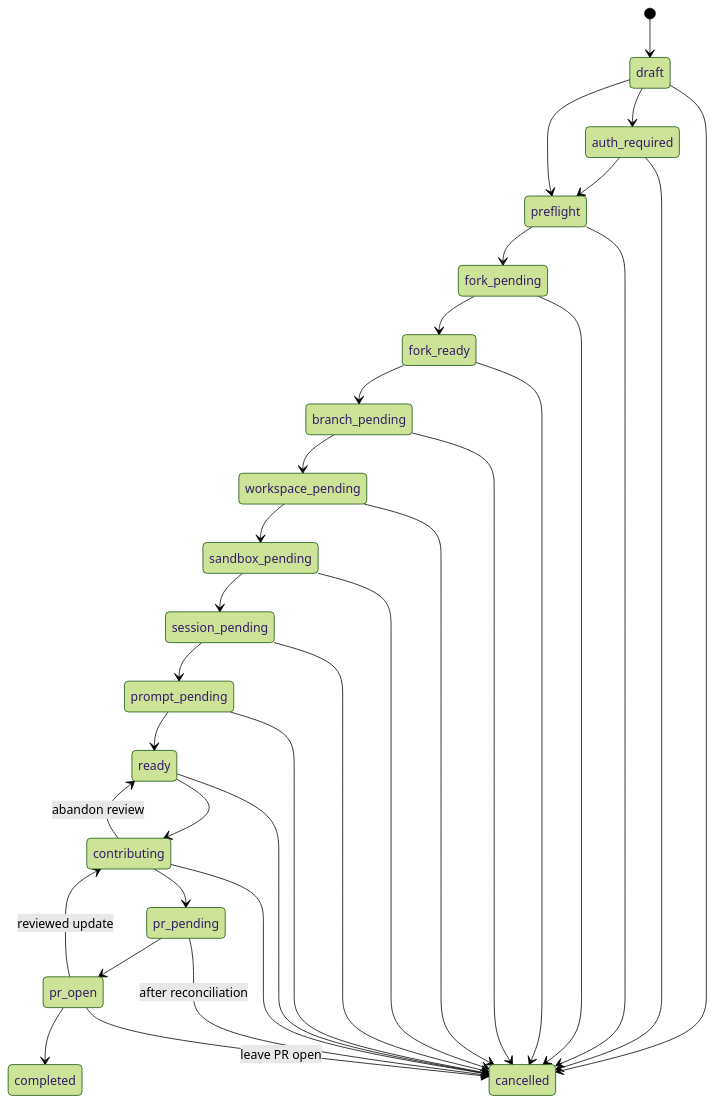
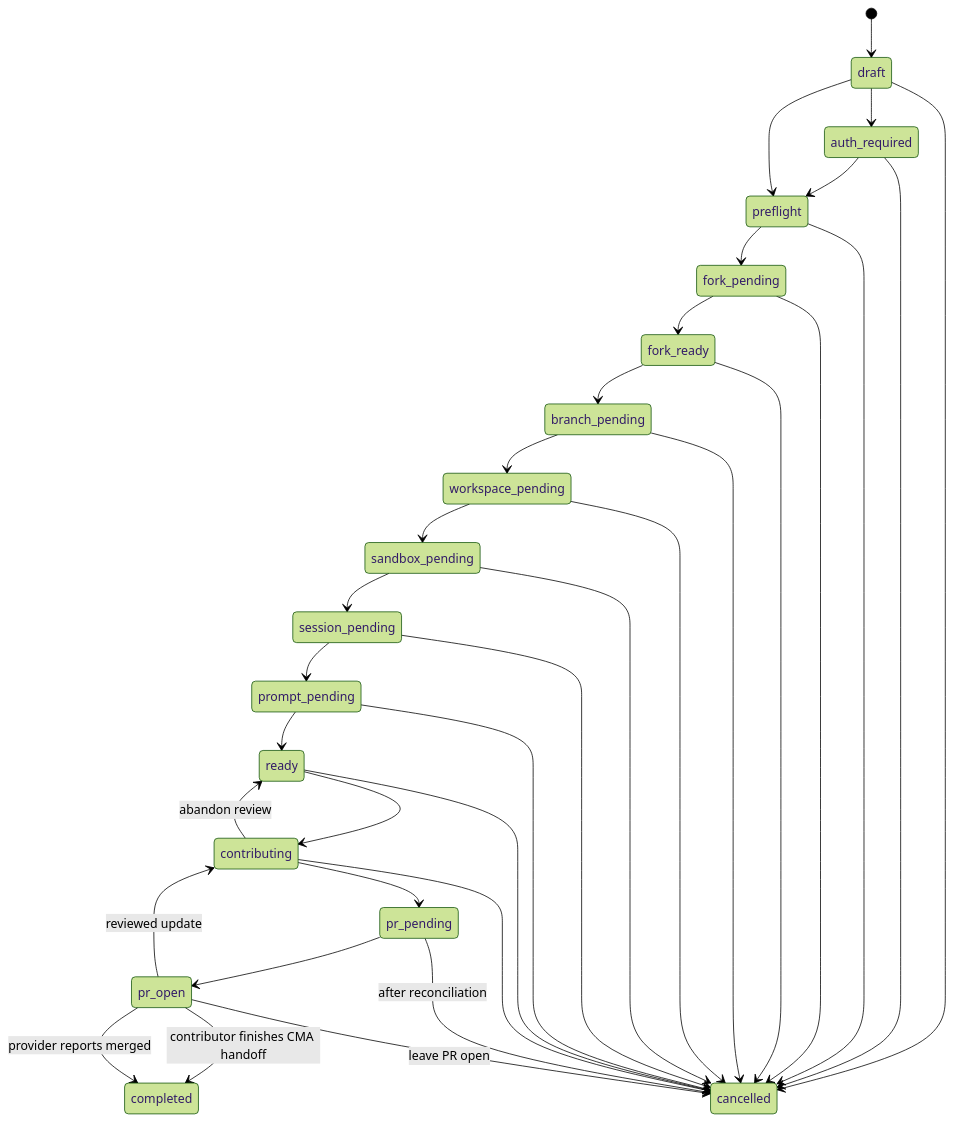
The diagram in docs/CMA_Trigger.md (ChronoAIProject/cma), drawn with Mermaid (forest theme) before and after one commit. The commit also changed other lines of this file and 16 other files, not shown here.

````diff
--- a/docs/CMA_Trigger.md
+++ b/docs/CMA_Trigger.md
@@ -526,35 +584,36 @@
 ```mermaid
 stateDiagram-v2
     [*] --> draft
     draft --> auth_required
     auth_required --> preflight
     draft --> preflight
     preflight --> fork_pending
     fork_pending --> fork_ready
     fork_ready --> branch_pending
     branch_pending --> workspace_pending
     workspace_pending --> sandbox_pending
     sandbox_pending --> session_pending
     session_pending --> prompt_pending
     prompt_pending --> ready
     ready --> contributing
     contributing --> ready: abandon review
     contributing --> pr_pending
     pr_pending --> pr_open
     pr_open --> contributing: reviewed update
-    pr_open --> completed
+    pr_open --> completed: contributor finishes CMA handoff
+    pr_open --> completed: provider reports merged
     draft --> cancelled
     auth_required --> cancelled
     preflight --> cancelled
     fork_pending --> cancelled
     fork_ready --> cancelled
     branch_pending --> cancelled
     workspace_pending --> cancelled
     sandbox_pending --> cancelled
     session_pending --> cancelled
     prompt_pending --> cancelled
     ready --> cancelled
     contributing --> cancelled
     pr_pending --> cancelled: after reconciliation
     pr_open --> cancelled: leave PR open
 ```
````
